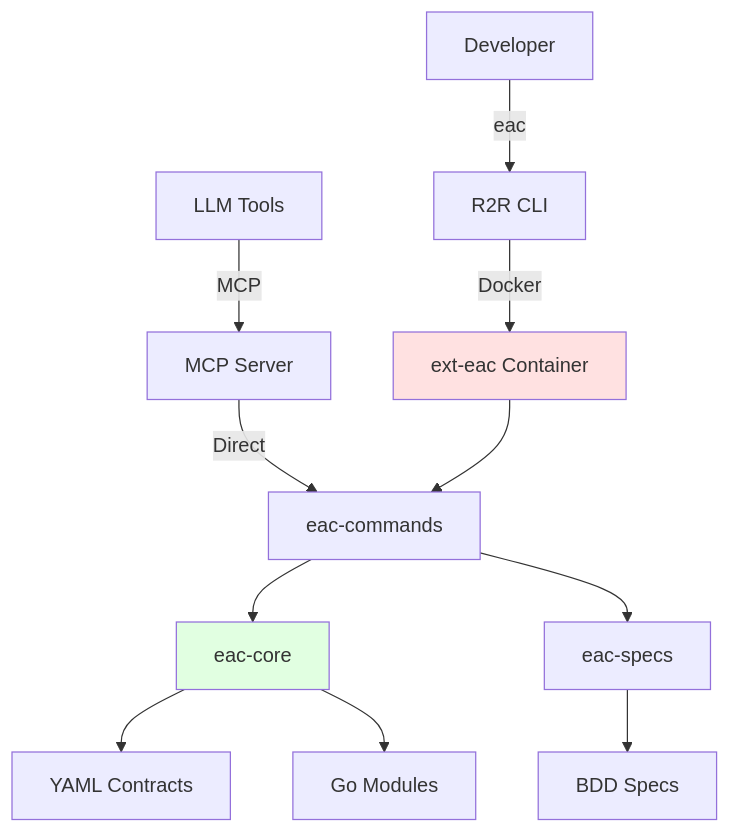
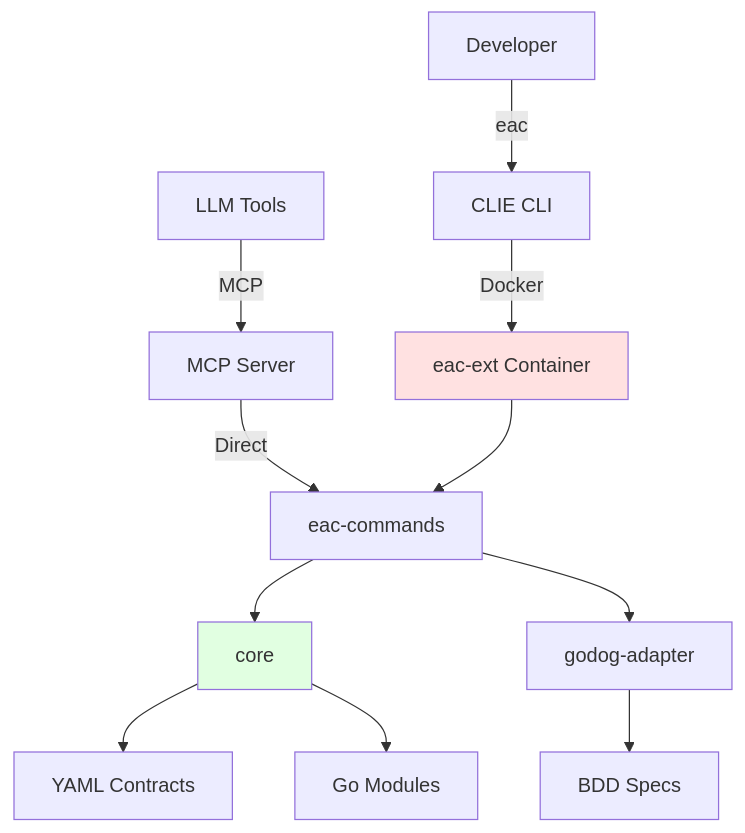
Before and after one commit to ready-to-release/eac: the diagram in docs/reference/eac/architecture/index.md, drawn with Mermaid. The commit also changed other lines of this file and 1208 other files, not shown here.

First line of the commit message:
refactor(multi-module): restructure codebase with contract-driven architecture

````diff
--- a/docs/reference/eac/architecture/index.md
+++ b/docs/reference/eac/architecture/index.md
@@ -39,19 +39,19 @@
 ```mermaid
 graph TB
-    Dev[Developer] -->|eac| CLI[R2R CLI]
+    Dev[Developer] -->|eac| CLI[CLIE CLI]
     LLM[LLM Tools] -->|MCP| MCP[MCP Server]
 
-    CLI -->|Docker| Ext[ext-eac Container]
+    CLI -->|Docker| Ext[eac-ext Container]
     MCP -->|Direct| Commands[eac-commands]
 
     Ext --> Commands
-    Commands --> Core[eac-core]
-    Commands --> Specs[eac-specs]
+    Commands --> Core[core]
+    Commands --> Specs[godog-adapter]
 
     Core --> Contracts[YAML Contracts]
     Core --> Modules[Go Modules]
     Specs --> Features[BDD Specs]
 
     style Ext fill:#ffe1e1
     style Core fill:#e1ffe1
 ```
````
